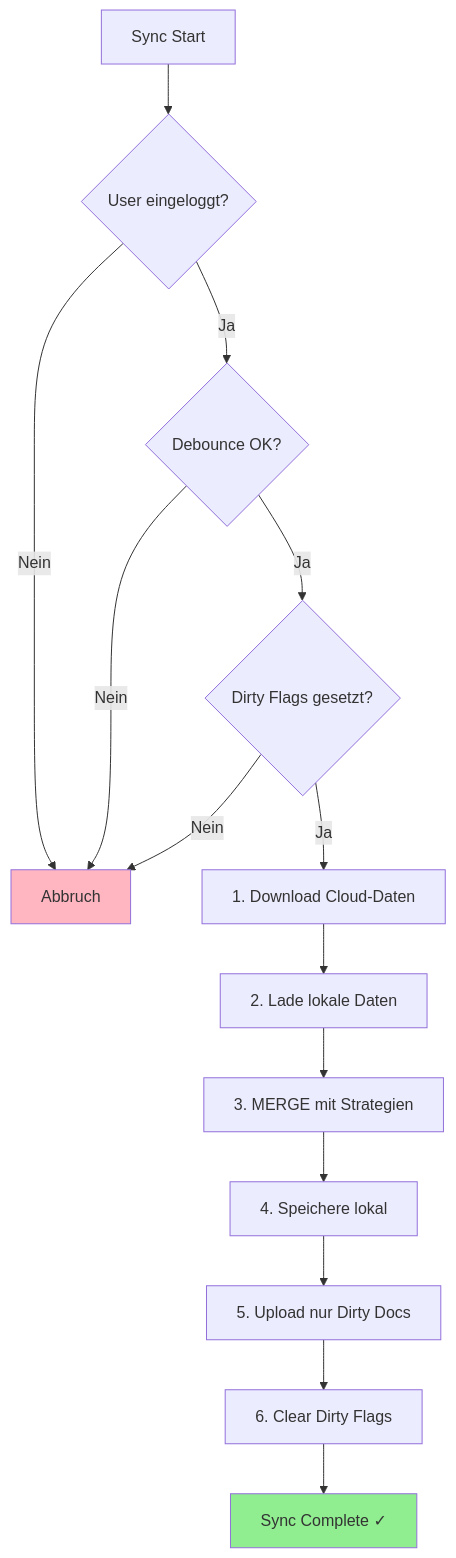
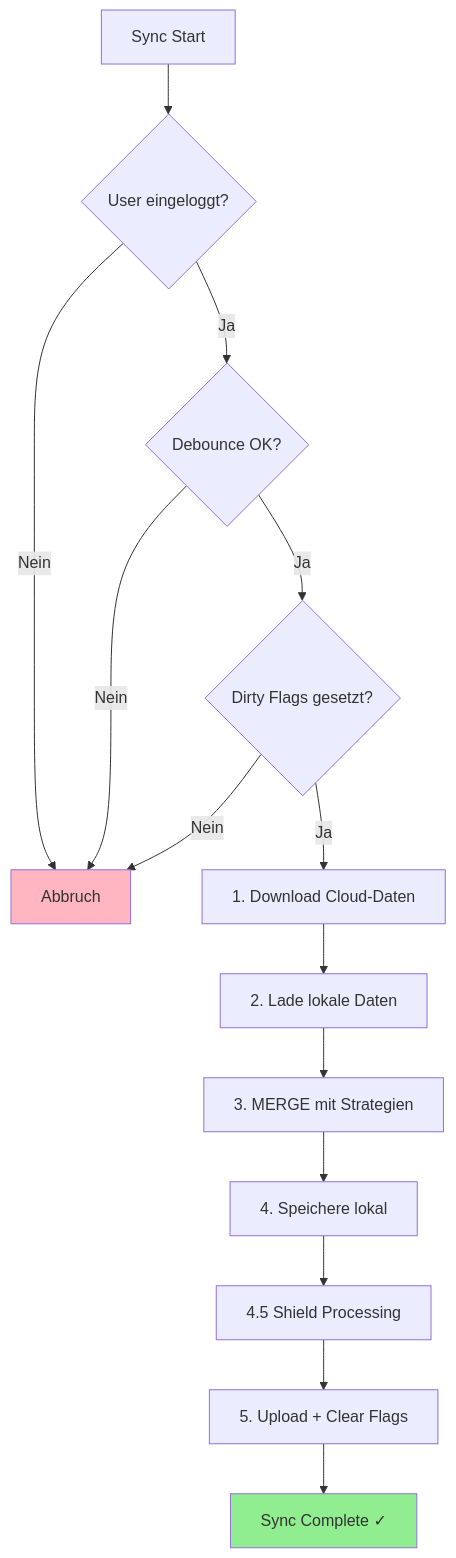
One commit to ClemensSW/sudoku changed the second of 2 diagrams in docs/cloud-sync/SYNC-OVERVIEW.md. Above: the diagram before and after it, drawn with Mermaid. The commit also changed other lines of this file and 5 other files, not shown here.

````diff
--- a/docs/cloud-sync/SYNC-OVERVIEW.md
+++ b/docs/cloud-sync/SYNC-OVERVIEW.md
@@ -129,22 +236,22 @@
 ```mermaid
 flowchart TD
     A[Sync Start] --> B{User eingeloggt?}
     B -->|Nein| X[Abbruch]
     B -->|Ja| C{Debounce OK?}
 
     C -->|Nein| X
     C -->|Ja| D{Dirty Flags gesetzt?}
 
     D -->|Nein| X
     D -->|Ja| E[1. Download Cloud-Daten]
 
     E --> F[2. Lade lokale Daten]
     F --> G[3. MERGE mit Strategien]
     G --> H[4. Speichere lokal]
-    H --> I[5. Upload nur Dirty Docs]
-    I --> J[6. Clear Dirty Flags]
-    J --> K[Sync Complete ✓]
+    H --> H2[4.5 Shield Processing]
+    H2 --> I[5. Upload + Clear Flags]
+    I --> K[Sync Complete ✓]
 
     style K fill:#90EE90
     style X fill:#FFB6C1
 ```
````
